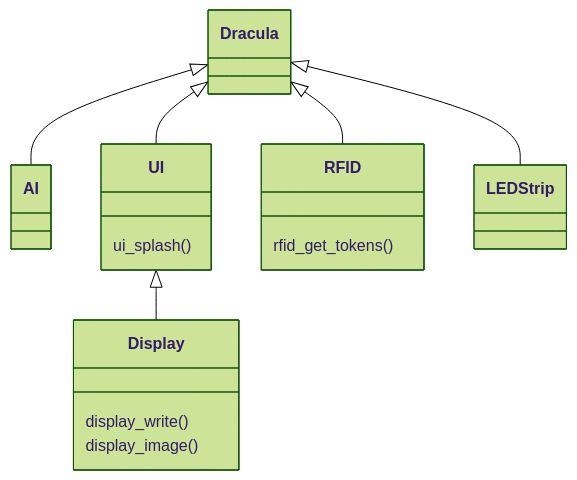
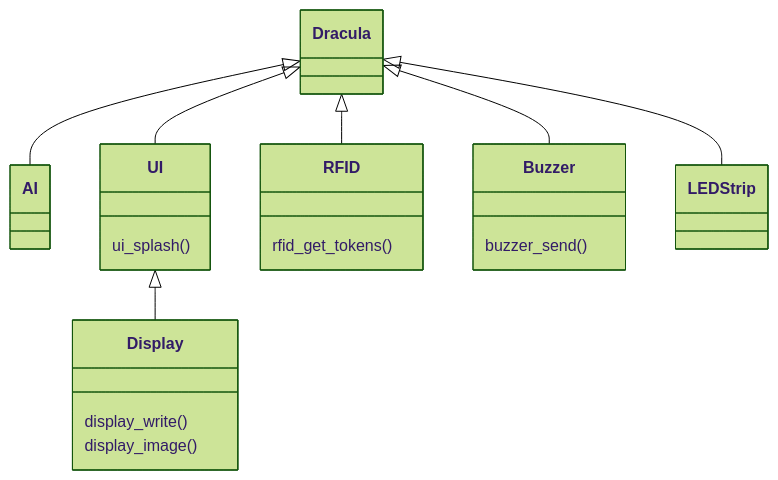
One commit to alegs-a/bears-ink changed the first of 2 diagrams in README.md. Above: the diagram before and after it, drawn with Mermaid (forest theme). The commit also changed other lines of this file, not shown here.

Commit message:
doc: Add documentation for the buzzer

````diff
--- a/README.md
+++ b/README.md
@@ -217,21 +225,25 @@
 ```mermaid
 ---
 Component Architecture:
 ---
 classDiagram
   Dracula <|-- AI
   Dracula <|-- UI
   UI <|-- Display
   Dracula <|-- RFID
+  Dracula <|-- Buzzer
   Dracula <|-- LEDStrip
   class UI {
     ui_splash()
   }
   class Display {
     display_write()
     display_image()
   }
   class RFID {
     rfid_get_tokens()
   }
+  class Buzzer {
+    buzzer_send()
+  }
 ```
````
